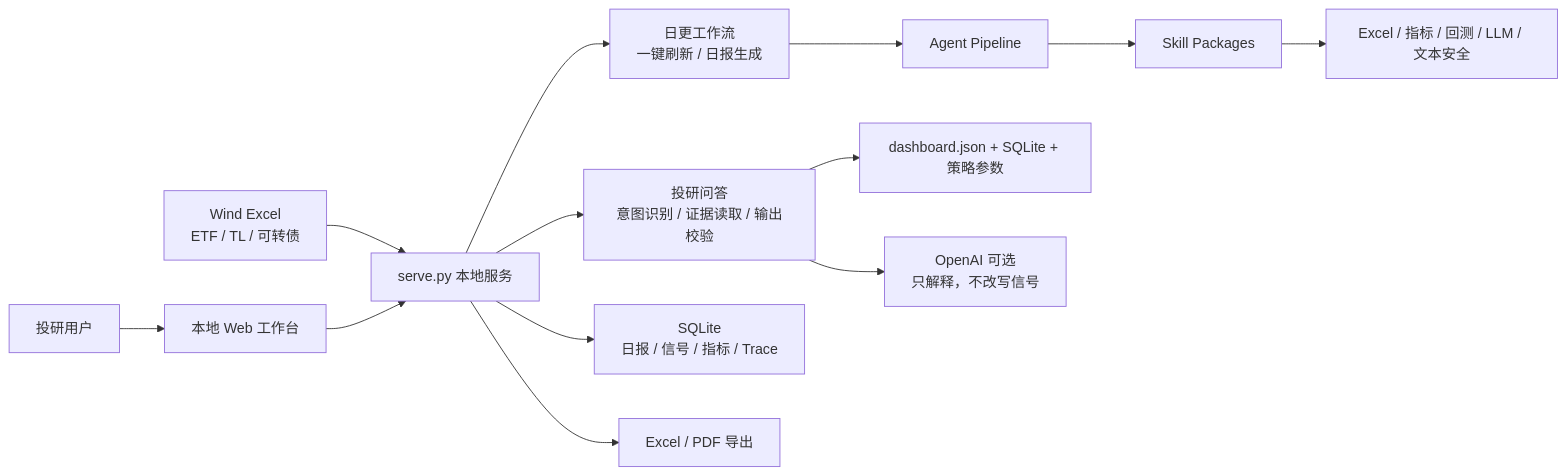
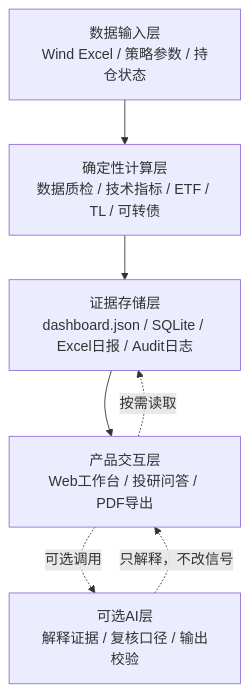
The first of 2 diagrams in README.md (Gmasterzhangxinyang/AI-investment), drawn with Mermaid before and after one commit. The commit also changed other lines of this file, not shown here.

Commit message:
Clarify final architecture documentation

````diff
--- a/README.md
+++ b/README.md
@@ -63,18 +73,13 @@
 ```mermaid
-flowchart LR
-    User["投研用户"] --> Frontend["本地 Web 工作台"]
-    Wind["Wind Excel<br/>ETF / TL / 可转债"] --> Server["serve.py 本地服务"]
-    Frontend --> Server
+flowchart TB
+    Input["数据输入层<br/>Wind Excel / 策略参数 / 持仓状态"]
+    Compute["确定性计算层<br/>数据质检 / 技术指标 / ETF / TL / 可转债"]
+    Evidence["证据存储层<br/>dashboard.json / SQLite / Excel日报 / Audit日志"]
+    Product["产品交互层<br/>Web工作台 / 投研问答 / PDF导出"]
+    AI["可选AI层<br/>解释证据 / 复核口径 / 输出校验"]
 
-    Server --> Chat["投研问答<br/>意图识别 / 证据读取 / 输出校验"]
-    Server --> Workflow["日更工作流<br/>一键刷新 / 日报生成"]
-    Server --> DB["SQLite<br/>日报 / 信号 / 指标 / Trace"]
-    Server --> Export["Excel / PDF 导出"]
-
-    Workflow --> Agents["Agent Pipeline"]
-    Agents --> Skills["Skill Packages"]
-    Skills --> Tools["Excel / 指标 / 回测 / LLM / 文本安全"]
-
-    Chat --> Evidence["dashboard.json + SQLite + 策略参数"]
-    Chat --> LLM["OpenAI 可选<br/>只解释，不改写信号"]
+    Input --> Compute --> Evidence --> Product
+    Product -.按需读取.-> Evidence
+    Product -.可选调用.-> AI
+    AI -.只解释，不改信号.-> Product
 ```
````
